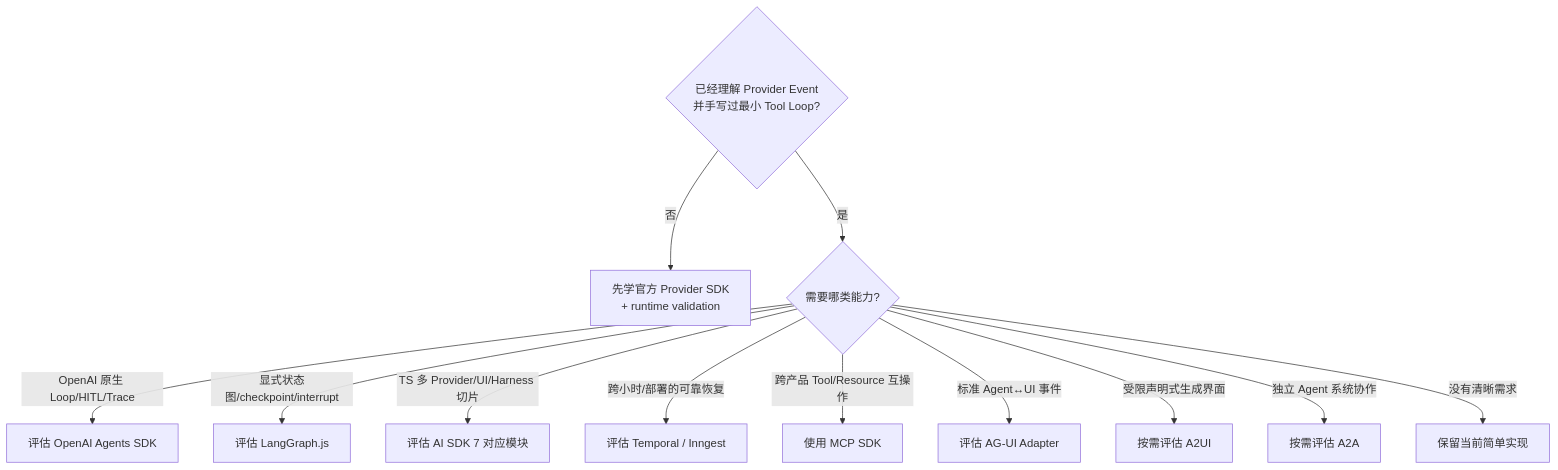
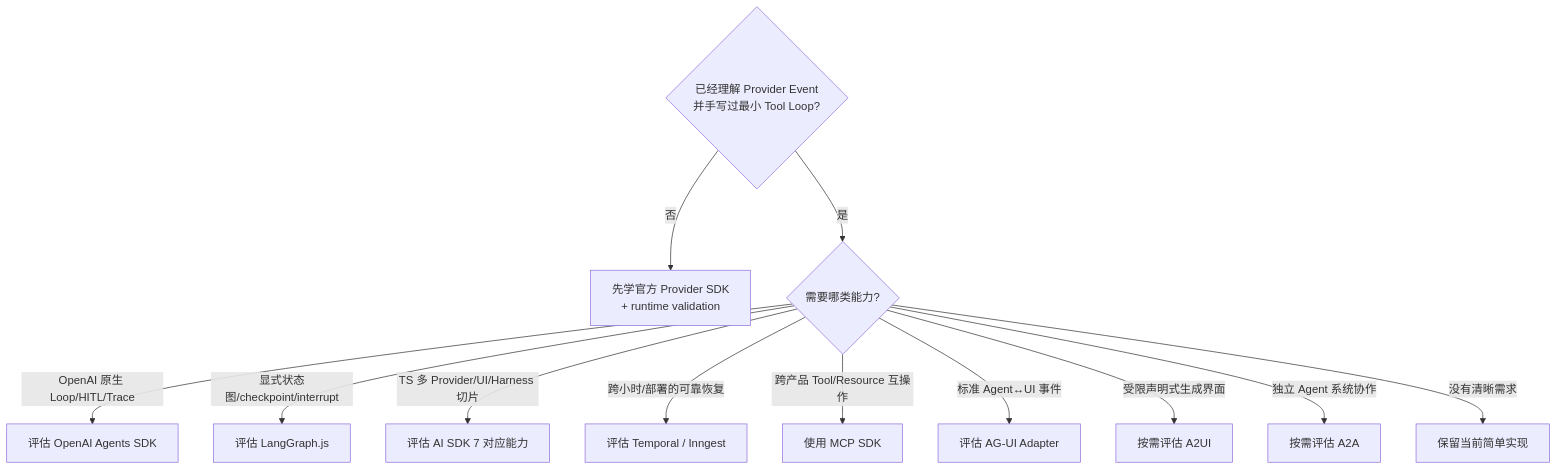
The diagram in site/05-模型接口与Agent内核/08-框架与SDK学习优先级.md (whatthehan/masterpiece-static-docs), drawn with Mermaid before and after one commit. The commit also changed other lines of this file and 255 other files, not shown here.

````diff
--- a/site/05-模型接口与Agent内核/08-框架与SDK学习优先级.md
+++ b/site/05-模型接口与Agent内核/08-框架与SDK学习优先级.md
@@ -178,14 +180,14 @@
 ```mermaid
 flowchart TD
     A{"已经理解 Provider Event<br/>并手写过最小 Tool Loop?"} -->|否| B["先学官方 Provider SDK<br/>+ runtime validation"]
     A -->|是| C{"需要哪类能力?"}
     C -->|OpenAI 原生 Loop/HITL/Trace| D["评估 OpenAI Agents SDK"]
     C -->|显式状态图/checkpoint/interrupt| E["评估 LangGraph.js"]
-    C -->|TS 多 Provider/UI/Harness 切片| F["评估 AI SDK 7 对应模块"]
+    C -->|TS 多 Provider/UI/Harness 切片| F["评估 AI SDK 7 对应能力"]
     C -->|跨小时/部署的可靠恢复| G["评估 Temporal / Inngest"]
     C -->|跨产品 Tool/Resource 互操作| H["使用 MCP SDK"]
     C -->|标准 Agent↔UI 事件| J["评估 AG-UI Adapter"]
     C -->|受限声明式生成界面| K["按需评估 A2UI"]
     C -->|独立 Agent 系统协作| L["按需评估 A2A"]
     C -->|没有清晰需求| I["保留当前简单实现"]
 ```
````
